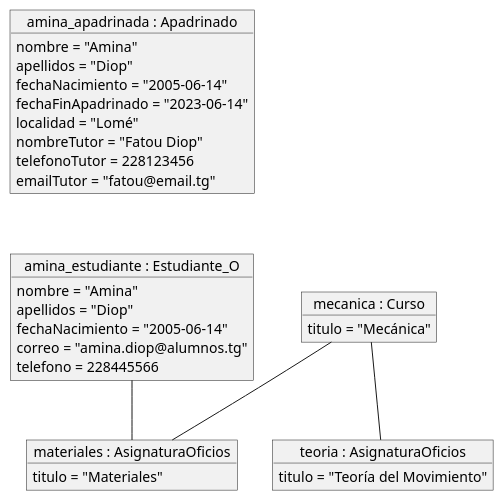
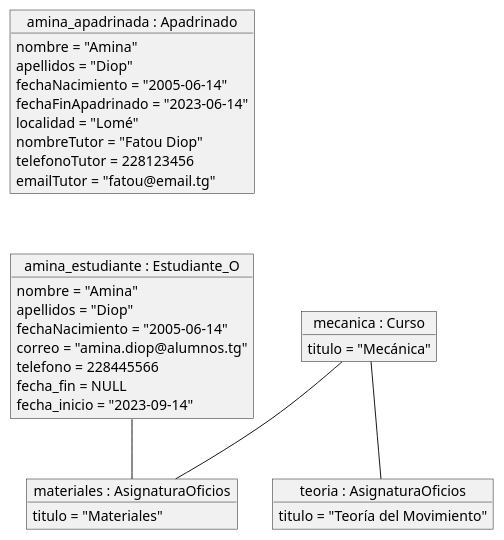
The diagram in escenarios/escenario4.puml (albporfer1-64/Grupo_Proyecto_DB), drawn with PlantUML before and after one commit.

Commit message:
Cambios consecuentes de ese nuevo fecha_fin y fecha_inicio escenario4.puml

```diff
--- a/escenarios/escenario4.puml
+++ b/escenarios/escenario4.puml
@@ -1,37 +1,39 @@
 @startuml
 object "amina_apadrinada : Apadrinado" as aminaApad {
   nombre = "Amina"
   apellidos = "Diop"
   fechaNacimiento = "2005-06-14"
   fechaFinApadrinado = "2023-06-14"
   localidad = "Lomé"
   nombreTutor = "Fatou Diop"
   telefonoTutor = 228123456
   emailTutor = "fatou@email.tg"
 }
 
 object "amina_estudiante : Estudiante_O" as aminaEst {
   nombre = "Amina"
   apellidos = "Diop"
   fechaNacimiento = "2005-06-14"
   correo = "amina.diop@alumnos.tg"
   telefono = 228445566
+  fecha_fin = NULL
+  fecha_inicio = "2023-09-14"
 }
 
 object "mecanica : Curso" as mecanica {
   titulo = "Mecánica"
 }
 
 object "materiales : AsignaturaOficios" as materiales {
   titulo = "Materiales"
 }
 
 object "teoria : AsignaturaOficios" as teoria {
   titulo = "Teoría del Movimiento"
 }
 
 aminaApad -[hidden]down- aminaEst
 mecanica -- materiales
 mecanica -- teoria
 aminaEst -- materiales
 @enduml
```
